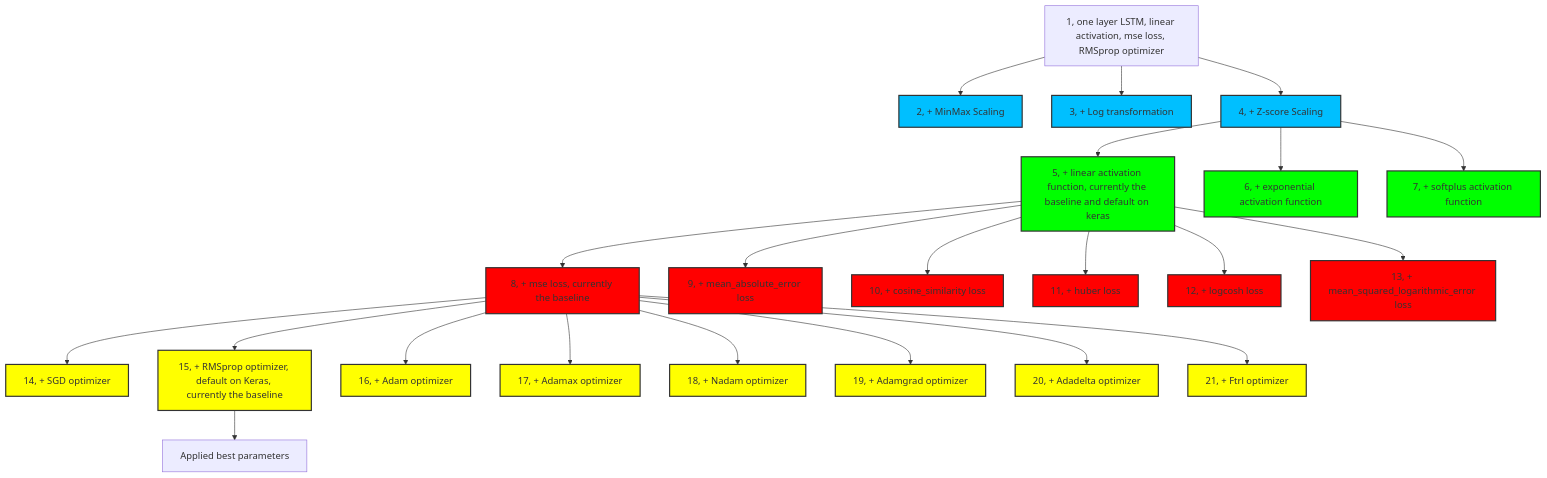
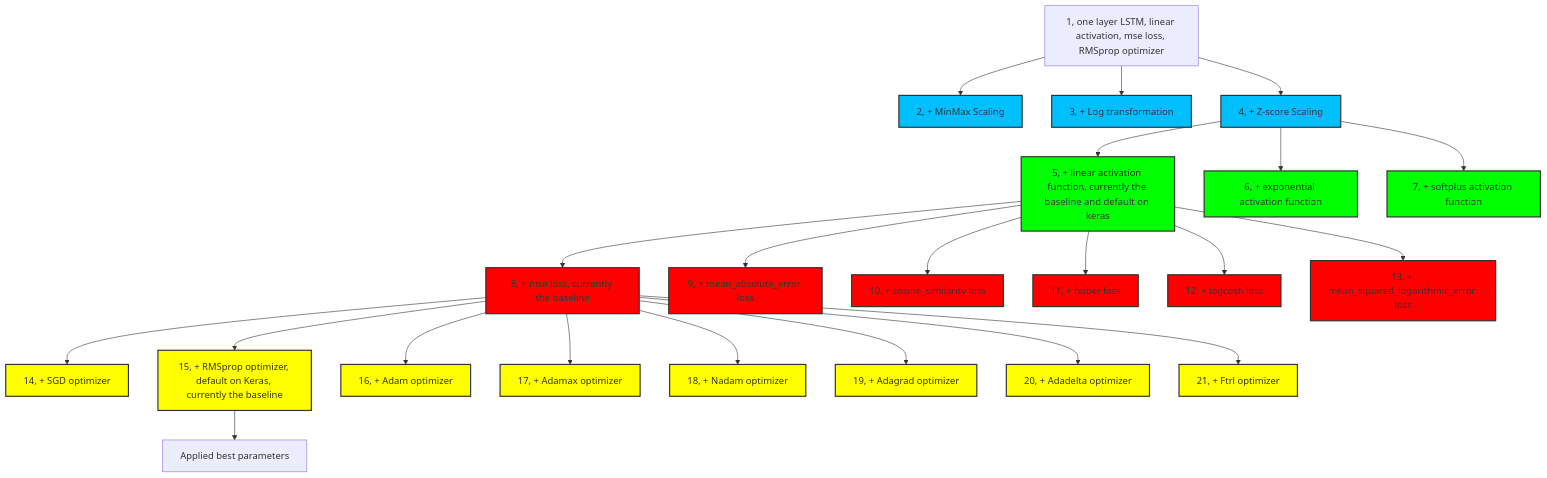
One commit to zihaozeng0021/currency-exchange-rate-forecasting changed the diagram in src/models/LSTM/LSTM_regressor/experiment_hierarchy.md. Above: the diagram before and after it, drawn with Mermaid. The commit also changed 9 other files, not shown here.

````diff
--- a/src/models/LSTM/LSTM_regressor/experiment_hierarchy.md
+++ b/src/models/LSTM/LSTM_regressor/experiment_hierarchy.md
@@ -1,38 +1,38 @@
 ```mermaid
 graph TD
     1[1, one layer LSTM, linear activation, mse loss, RMSprop optimizer] --> 2[2, + MinMax Scaling]
     1 --> 3[3, + Log transformation]
     1 --> 4[4, + Z-score Scaling]
     4 --> 5[5, + linear activation function, currently the baseline and default on keras]
     4 --> 6[6, + exponential activation function]
     4 --> 7[7, + softplus activation function]
     5 --> 8[8, + mse loss, currently the baseline]
     5 --> 9[9, + mean_absolute_error loss]
     5 --> 10[10, + cosine_similarity loss]
     5 --> 11[11, + huber loss]
     5 --> 12[12, + logcosh loss]
     5 --> 13[13, + mean_squared_logarithmic_error loss]
     8 --> 14[14, + SGD optimizer]
     8 --> 15[15, + RMSprop optimizer, default on Keras, currently the baseline]
     8 --> 16[16, + Adam optimizer]
     8 --> 17[17, + Adamax optimizer]
     8 --> 18[18, + Nadam optimizer]
-    8 --> 19[19, + Adamgrad optimizer]
+    8 --> 19[19, + Adagrad optimizer]
     8 --> 20[20, + Adadelta optimizer]
     8 --> 21[21, + Ftrl optimizer]
     15 --> 22[Applied best parameters]
     
     
     classDef brightBlue fill:#00BFFF,stroke:#333,stroke-width:2px;
     class 2,3,4 brightBlue;
     
     classDef brightGreen fill:#00FF00,stroke:#333,stroke-width:2px;
     class 5,6,7 brightGreen;
     
     classDef brightRed fill:#FF0000,stroke:#333,stroke-width:2px;
     class 8,9,10,11,12,13 brightRed;
     
     classDef brightYellow fill:#FFFF00,stroke:#333,stroke-width:2px;
     class 14,15,16,17,18,19,20,21 brightYellow;
     
 ```
````
